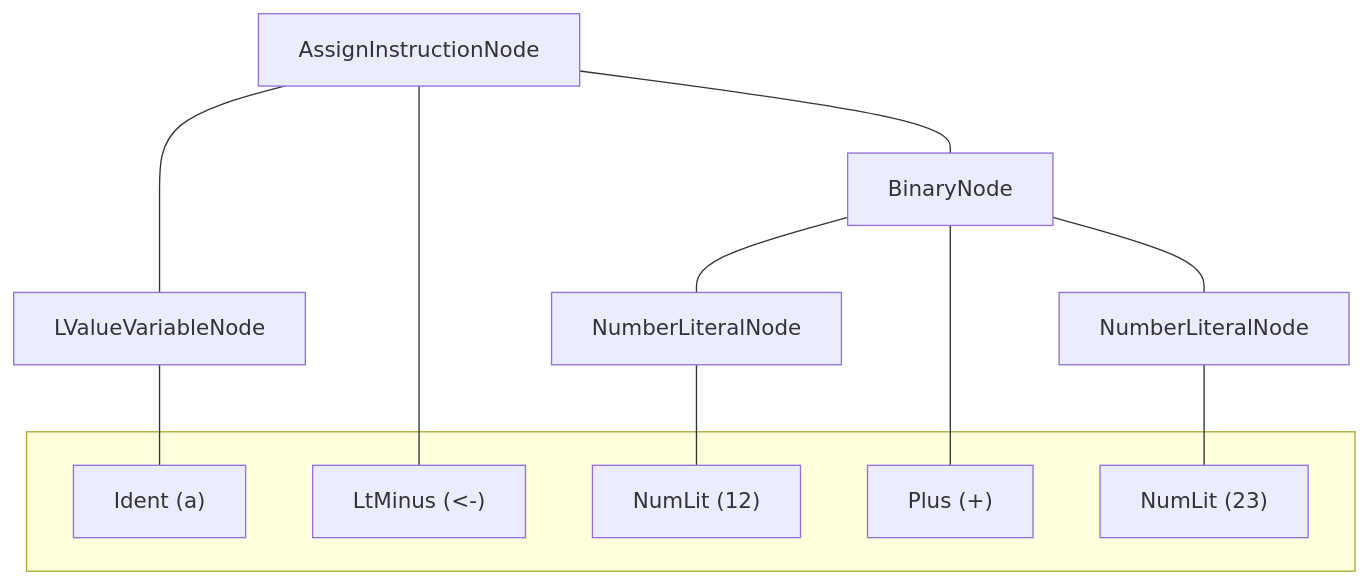
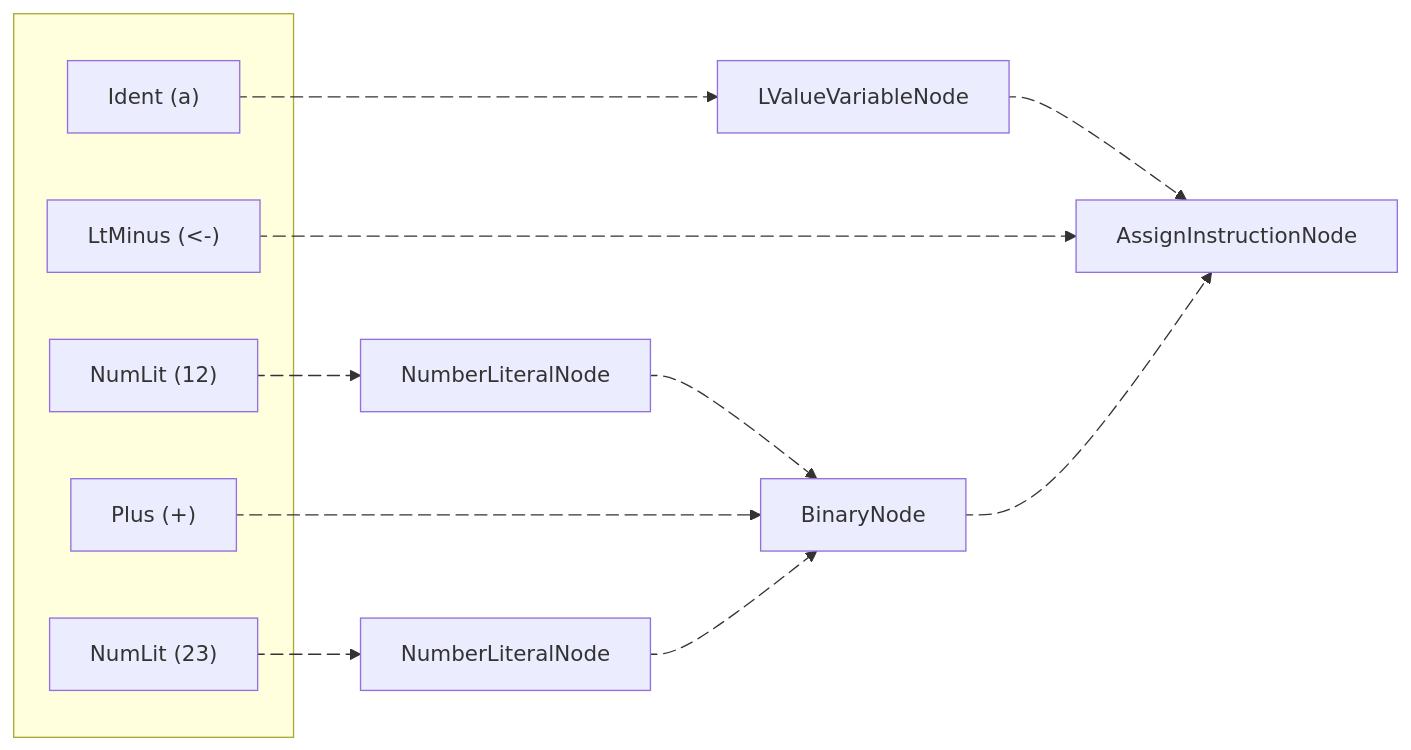
Before and after one commit to VimHax/Portfolio-V3: the third of 3 diagrams in app/routes/work/eelios/index.mdx, drawn with Mermaid. The commit also changed other lines of this file and 28 other files, not shown here.

````diff
--- a/app/routes/work/eelios/index.mdx
+++ b/app/routes/work/eelios/index.mdx
@@ -412,30 +425,40 @@
 ```mermaid
-flowchart TD
+flowchart LR
   subgraph tokens[" "]
   t1["`Ident (a)`"]
   t2["`LtMinus (<-)`"]
   t3["`NumLit (12)`"]
   t4["`Plus (+)`"]
   t5["`NumLit (23)`"]
   end
 
   n1[LValueVariableNode]
   n2[NumberLiteralNode]
   n3[NumberLiteralNode]
   n4[BinaryNode]
   n5[AssignInstructionNode]
 
-  n1 --- t1
+  t1 e1@--> n1
 
-  n2 --- t3
+  t3 e2@--> n2
 
-  n3 --- t5
+  t5 e3@--> n3
 
-  n4 --- n2
-  n4 --- t4
-  n4 --- n3
+  n2 e4@--> n4
+  t4 e5@--> n4
+  n3 e6@--> n4
 
-  n5 --- n1
-  n5 --- t2
-  n5 --- n4
+  n1 e7@--> n5
+  t2 e8@--> n5
+  n4 e9@--> n5
+
+  e1@{ animate: true }
+  e2@{ animate: true }
+  e3@{ animate: true }
+  e4@{ animate: true }
+  e5@{ animate: true }
+  e6@{ animate: true }
+  e7@{ animate: true }
+  e8@{ animate: true }
+  e9@{ animate: true }
 ```
````
